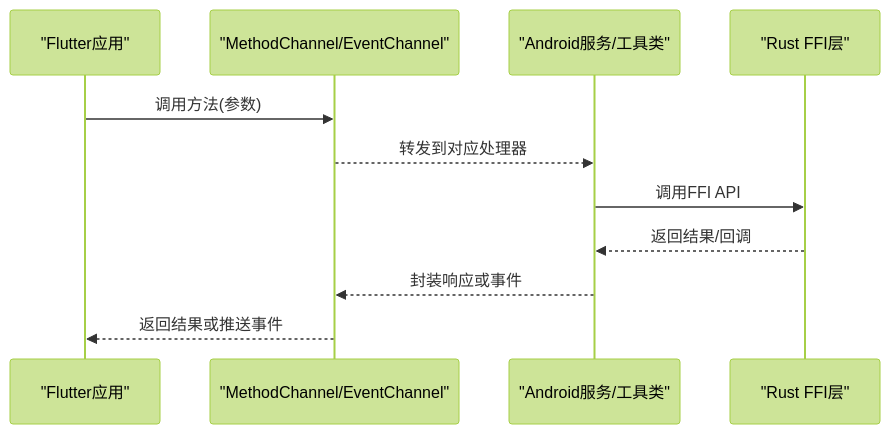
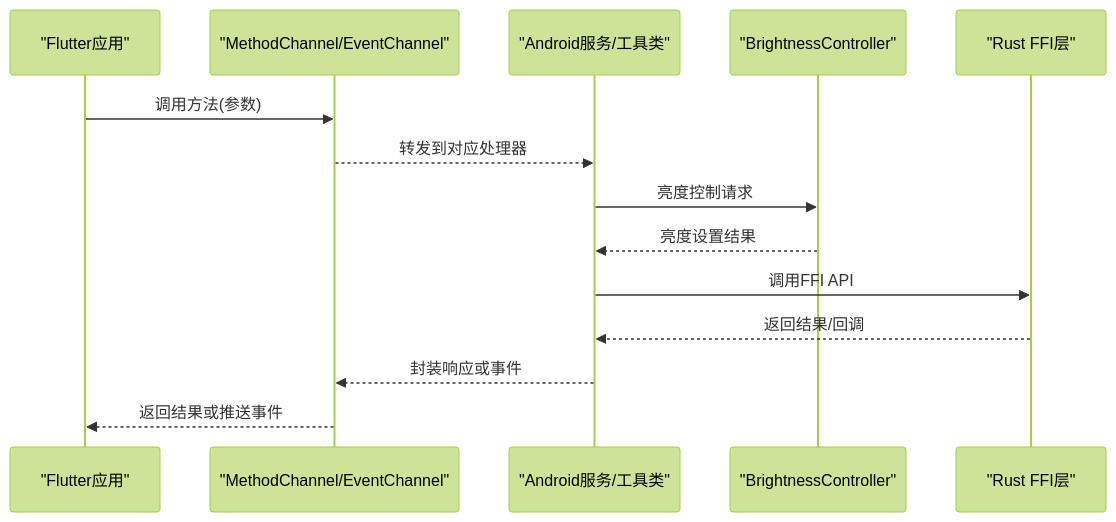
Before and after one commit to ZhangGHGitHub/LegadoTeamFlutter: the second of 9 diagrams in .qoder/repowiki/zh/content/Flutter跨平台应用/平台特定功能/Android平台集成.md, drawn with Mermaid (forest theme). The commit also changed other lines of this file and 660 other files, not shown here.

````diff
--- a/.qoder/repowiki/zh/content/Flutter跨平台应用/平台特定功能/Android平台集成.md
+++ b/.qoder/repowiki/zh/content/Flutter跨平台应用/平台特定功能/Android平台集成.md
@@ -158,13 +173,16 @@
 ```mermaid
 sequenceDiagram
 participant Flutter as "Flutter应用"
 participant Channel as "MethodChannel/EventChannel"
 participant Android as "Android服务/工具类"
+participant Brightness as "BrightnessController"
 participant Rust as "Rust FFI层"
 Flutter->>Channel : 调用方法(参数)
 Channel-->>Android : 转发到对应处理器
+Android->>Brightness : 亮度控制请求
+Brightness-->>Android : 亮度设置结果
 Android->>Rust : 调用FFI API
 Rust-->>Android : 返回结果/回调
 Android-->>Channel : 封装响应或事件
 Channel-->>Flutter : 返回结果或推送事件
 ```
````
